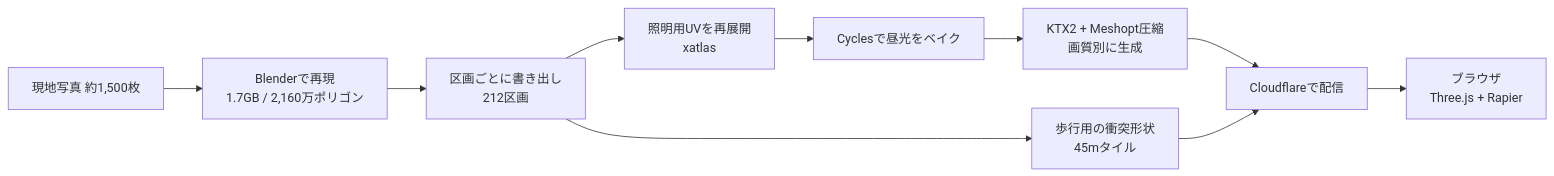
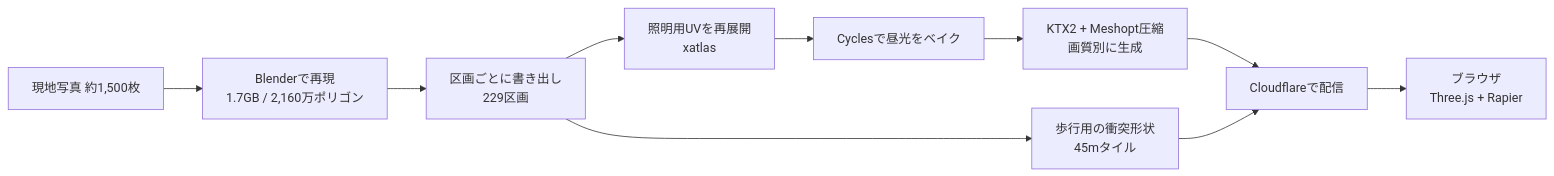
One commit to yuu737/meijo-campus-3d changed the diagram in README.md. Above: the diagram before and after it, drawn with Mermaid. The commit also changed other lines of this file, not shown here.

````diff
--- a/README.md
+++ b/README.md
@@ -33,12 +34,12 @@
 ```mermaid
 flowchart LR
   A[現地写真 約1,500枚] --> B[Blenderで再現<br/>1.7GB / 2,160万ポリゴン]
-  B --> C[区画ごとに書き出し<br/>212区画]
+  B --> C[区画ごとに書き出し<br/>229区画]
   C --> D[照明用UVを再展開<br/>xatlas]
   D --> E[Cyclesで昼光をベイク]
   E --> F[KTX2 + Meshopt圧縮<br/>画質別に生成]
   C --> G[歩行用の衝突形状<br/>45mタイル]
   F --> H[Cloudflareで配信]
   G --> H
   H --> I[ブラウザ<br/>Three.js + Rapier]
 ```
````
